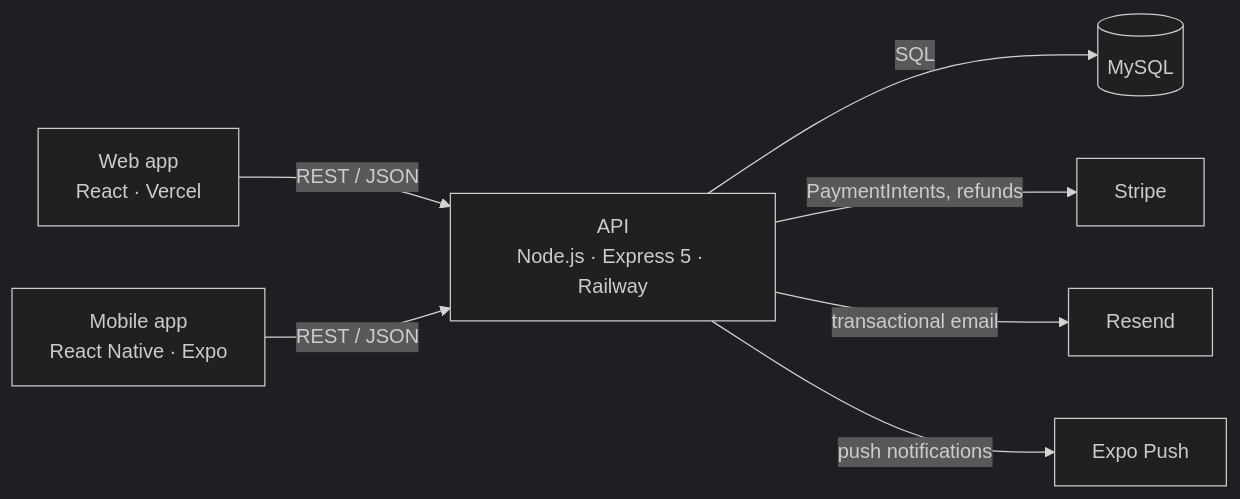
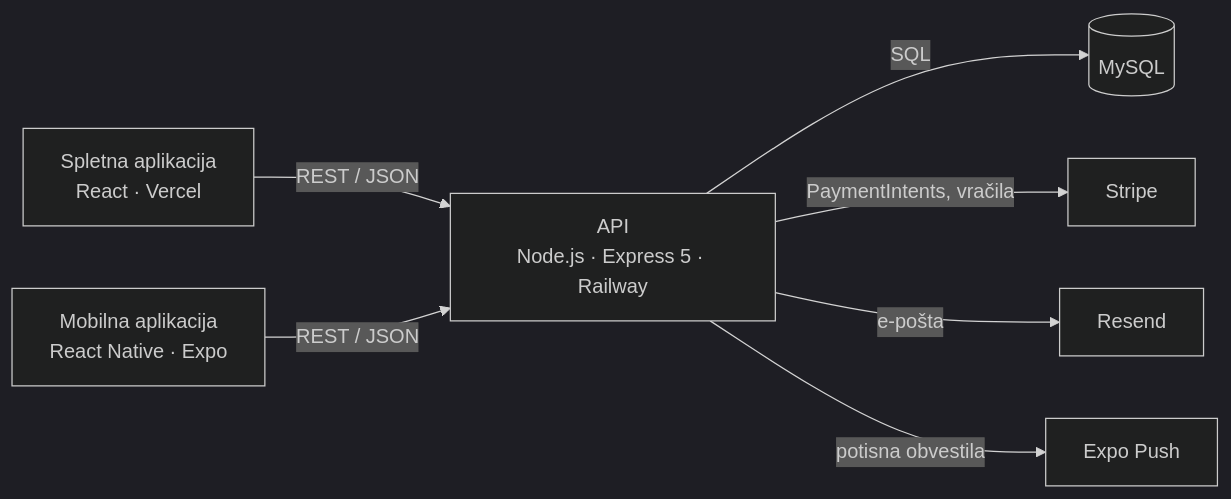
One commit to Horvatium/cinema-api changed the diagram in README.md. Above: the diagram before and after it, drawn with Mermaid (dark theme). The commit also changed other lines of this file and 2 other files, not shown here.

````diff
--- a/README.md
+++ b/README.md
@@ -33,9 +34,9 @@
 ```mermaid
 flowchart LR
-    web["Web app<br/>React · Vercel"] -- "REST / JSON" --> api
-    mobile["Mobile app<br/>React Native · Expo"] -- "REST / JSON" --> api
+    web["Spletna aplikacija<br/>React · Vercel"] -- "REST / JSON" --> api
+    mobile["Mobilna aplikacija<br/>React Native · Expo"] -- "REST / JSON" --> api
     api["API<br/>Node.js · Express 5 · Railway"] -- SQL --> db[("MySQL")]
-    api -- "PaymentIntents, refunds" --> stripe["Stripe"]
-    api -- "transactional email" --> resend["Resend"]
-    api -- "push notifications" --> expo["Expo Push"]
+    api -- "PaymentIntents, vračila" --> stripe["Stripe"]
+    api -- "e-pošta" --> resend["Resend"]
+    api -- "potisna obvestila" --> expo["Expo Push"]
 ```
````
